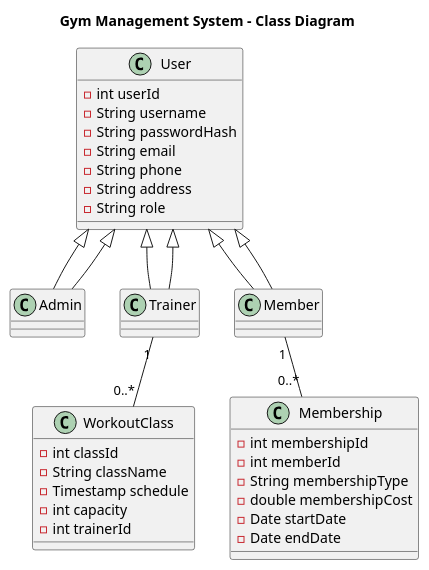
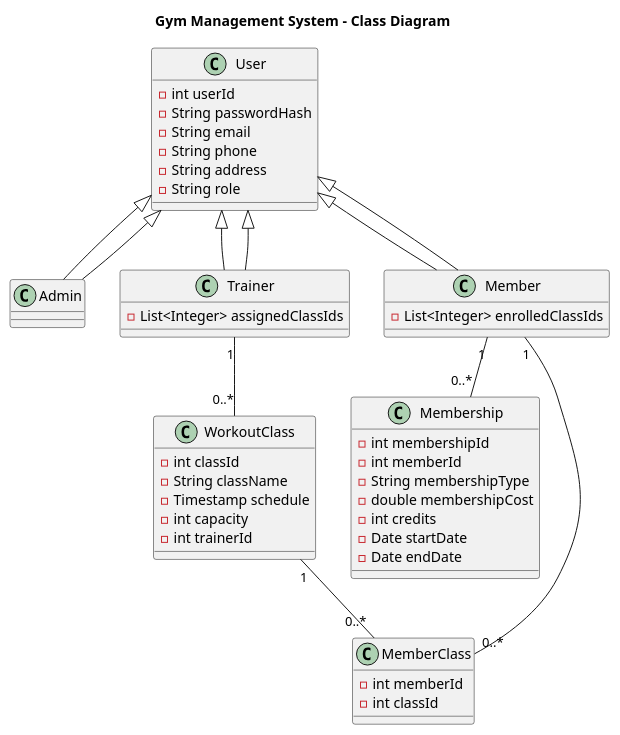
Before and after one commit to stepbad/group7-gym-membership: the diagram in plantuml.puml, drawn with PlantUML. The commit also changed 4 other files, not shown here.

Commit message:
update uml diagram in plantuml

```diff
--- a/plantuml.puml
+++ b/plantuml.puml
@@ -1,42 +1,54 @@
 @startuml
 
 title Gym Management System - Class Diagram
 
 class User {
     - int userId
-    - String username
     - String passwordHash
     - String email
     - String phone
     - String address
     - String role
 }
 
 class Admin extends User
-class Trainer extends User
-class Member extends User
+class Trainer extends User {
+    - List<Integer> assignedClassIds
+}
+
+class Member extends User {
+    - List<Integer> enrolledClassIds
+}
 
 class Membership {
     - int membershipId
     - int memberId
     - String membershipType
     - double membershipCost
+    - int credits
     - Date startDate
     - Date endDate
 }
 
 class WorkoutClass {
     - int classId
     - String className
     - Timestamp schedule
     - int capacity
     - int trainerId
 }
 
+class MemberClass {
+    - int memberId
+    - int classId
+}
+
 User <|-- Admin
 User <|-- Trainer
 User <|-- Member
 Member "1" -- "0..*" Membership
 Trainer "1" -- "0..*" WorkoutClass
+Member "1" -- "0..*" MemberClass
+WorkoutClass "1" -- "0..*" MemberClass
 
 @enduml
```
